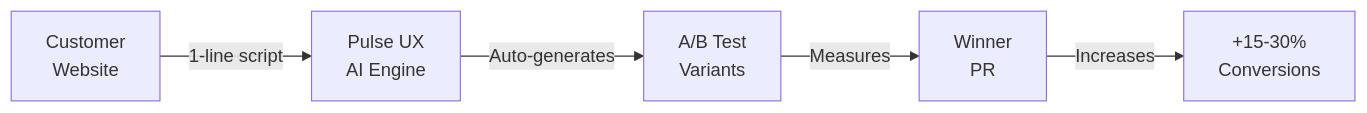
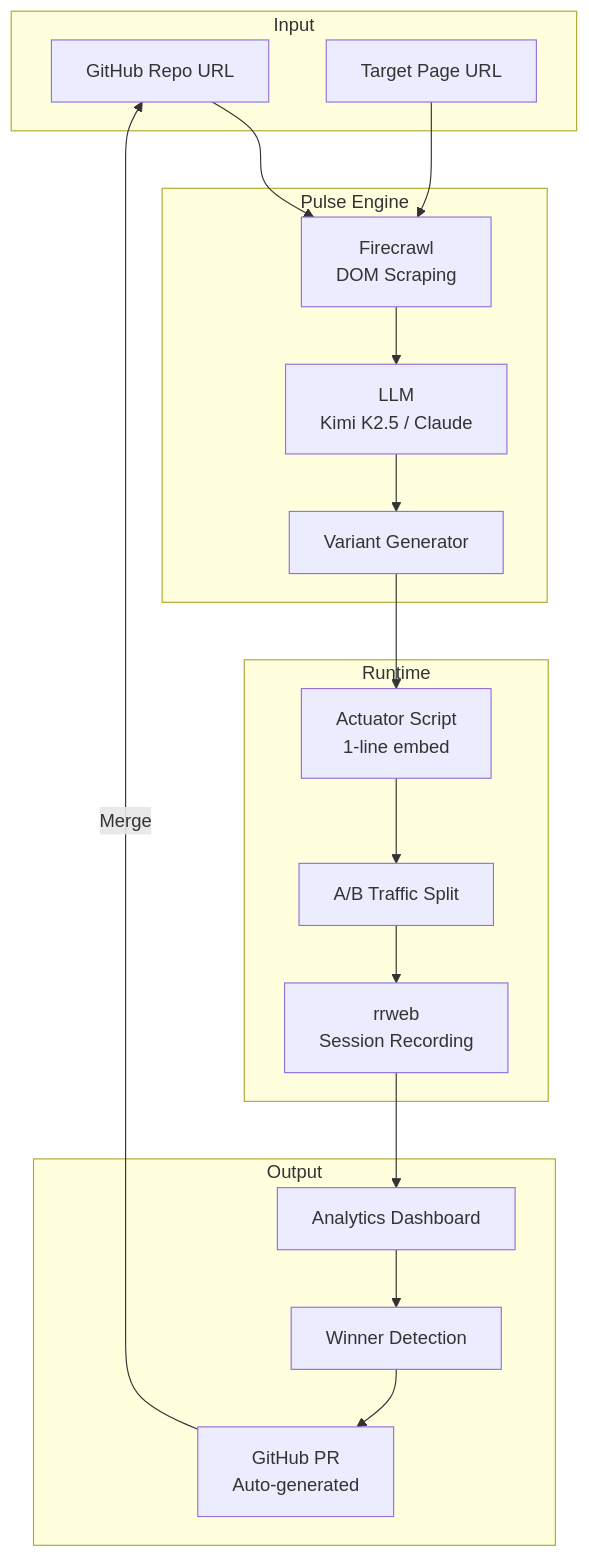
The diagram in README.md (shlawgathon/pulse), drawn with Mermaid before and after one commit. The commit also changed other lines of this file, not shown here.

Commit message:
Clean up README: remove emojis, add detailed architecture diagram

````diff
--- a/README.md
+++ b/README.md
@@ -27,7 +27,37 @@
 ```mermaid
-flowchart LR
-    A["Customer<br/>Website"] -->|"1-line script"| B["Pulse UX<br/>AI Engine"]
-    B -->|"Auto-generates"| C["A/B Test<br/>Variants"]
-    C -->|"Measures"| D["Winner<br/>PR"]
-    D -->|"Increases"| E["+15-30%<br/>Conversions"]
+flowchart TB
+    subgraph Input
+        A[GitHub Repo URL]
+        B[Target Page URL]
+    end
+
+    subgraph Pulse Engine
+        C[Firecrawl<br/>DOM Scraping]
+        D[LLM<br/>Kimi K2.5 / Claude]
+        E[Variant Generator]
+    end
+
+    subgraph Runtime
+        F[Actuator Script<br/>1-line embed]
+        G[A/B Traffic Split]
+        H[rrweb<br/>Session Recording]
+    end
+
+    subgraph Output
+        I[Analytics Dashboard]
+        J[Winner Detection]
+        K[GitHub PR<br/>Auto-generated]
+    end
+
+    A --> C
+    B --> C
+    C --> D
+    D --> E
+    E --> F
+    F --> G
+    G --> H
+    H --> I
+    I --> J
+    J --> K
+    K -->|Merge| A
 ```
````
